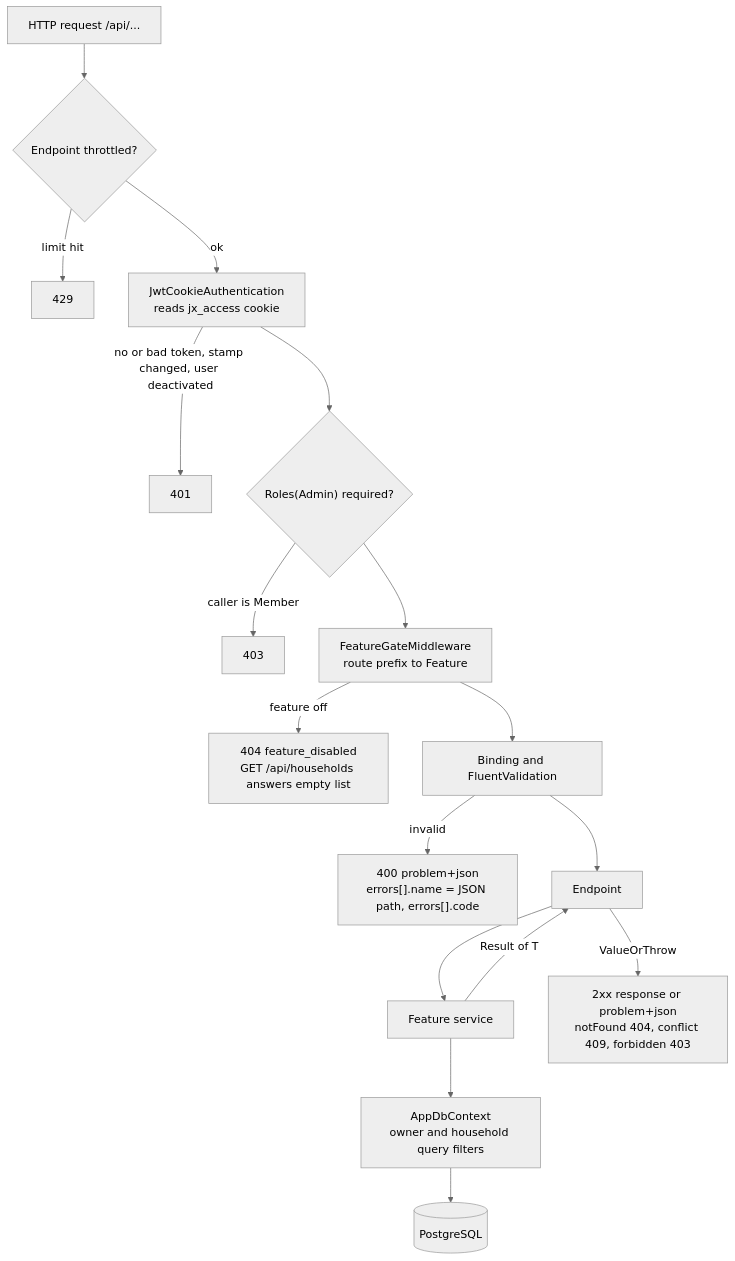
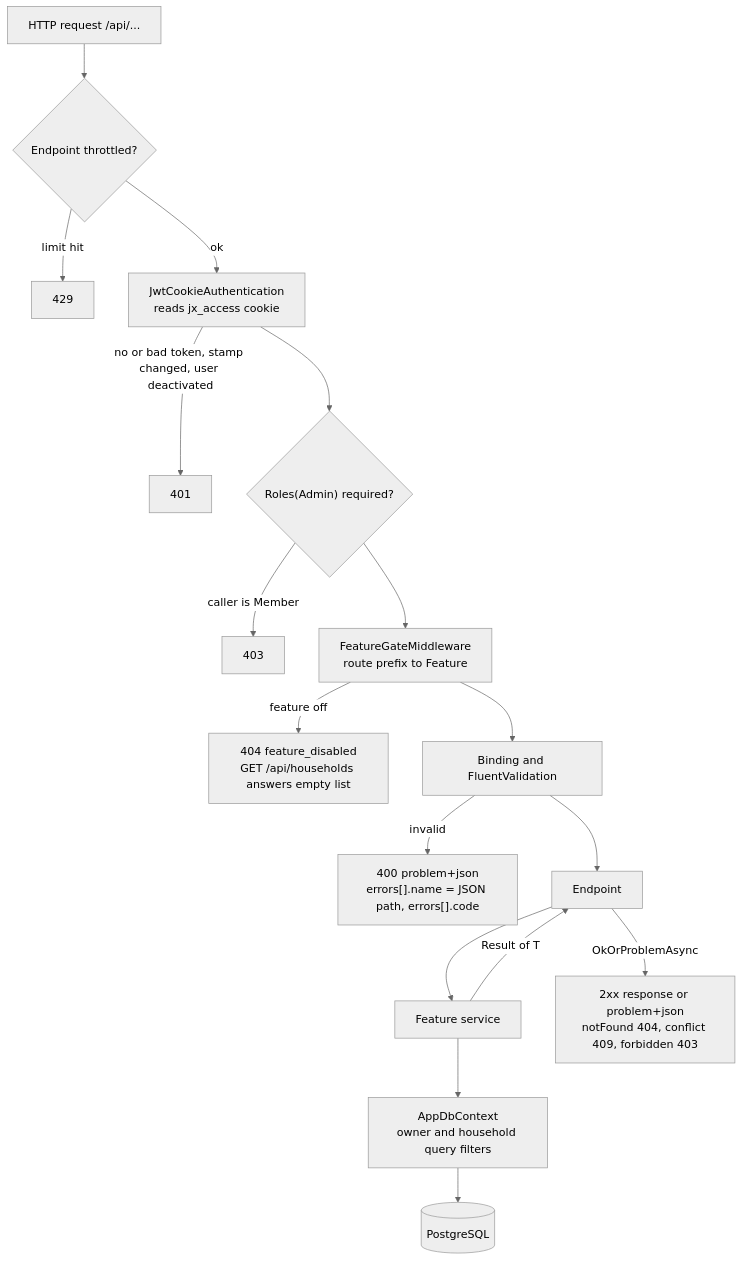
The second of 4 diagrams in docs/features/00. System overview.md (Justxs/Jx-Finance), drawn with Mermaid (neutral theme) before and after one commit. The commit also changed 95 other files, not shown here.

````diff
--- a/docs/features/00. System overview.md
+++ b/docs/features/00. System overview.md
@@ -27,19 +27,19 @@
 ```mermaid
 flowchart TD
     Req["HTTP request /api/..."] --> Throttle{"Endpoint throttled?"}
     Throttle -->|"limit hit"| R429["429"]
     Throttle -->|"ok"| Auth["JwtCookieAuthentication<br/>reads jx_access cookie"]
     Auth -->|"no or bad token, stamp changed, user deactivated"| R401["401"]
     Auth --> Role{"Roles(Admin) required?"}
     Role -->|"caller is Member"| R403["403"]
     Role --> Gate["FeatureGateMiddleware<br/>route prefix to Feature"]
     Gate -->|"feature off"| R404F["404 feature_disabled<br/>GET /api/households answers empty list"]
     Gate --> Bind["Binding and FluentValidation"]
     Bind -->|"invalid"| R400["400 problem+json<br/>errors[].name = JSON path, errors[].code"]
     Bind --> Endpoint["Endpoint"]
     Endpoint --> Service["Feature service"]
     Service --> Ctx["AppDbContext<br/>owner and household query filters"]
     Ctx --> Db[("PostgreSQL")]
     Service -->|"Result of T"| Endpoint
-    Endpoint -->|"ValueOrThrow"| Resp["2xx response or problem+json<br/>notFound 404, conflict 409, forbidden 403"]
+    Endpoint -->|"OkOrProblemAsync"| Resp["2xx response or problem+json<br/>notFound 404, conflict 409, forbidden 403"]
 ```
````
